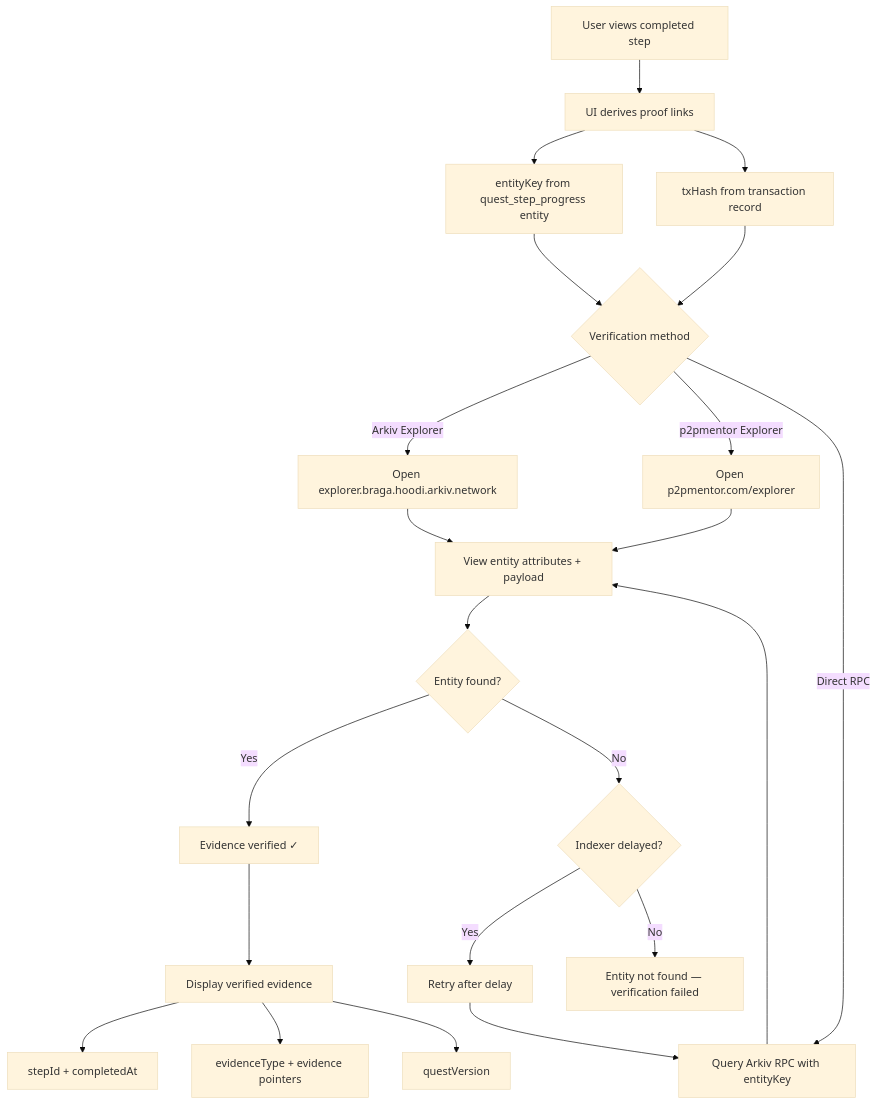
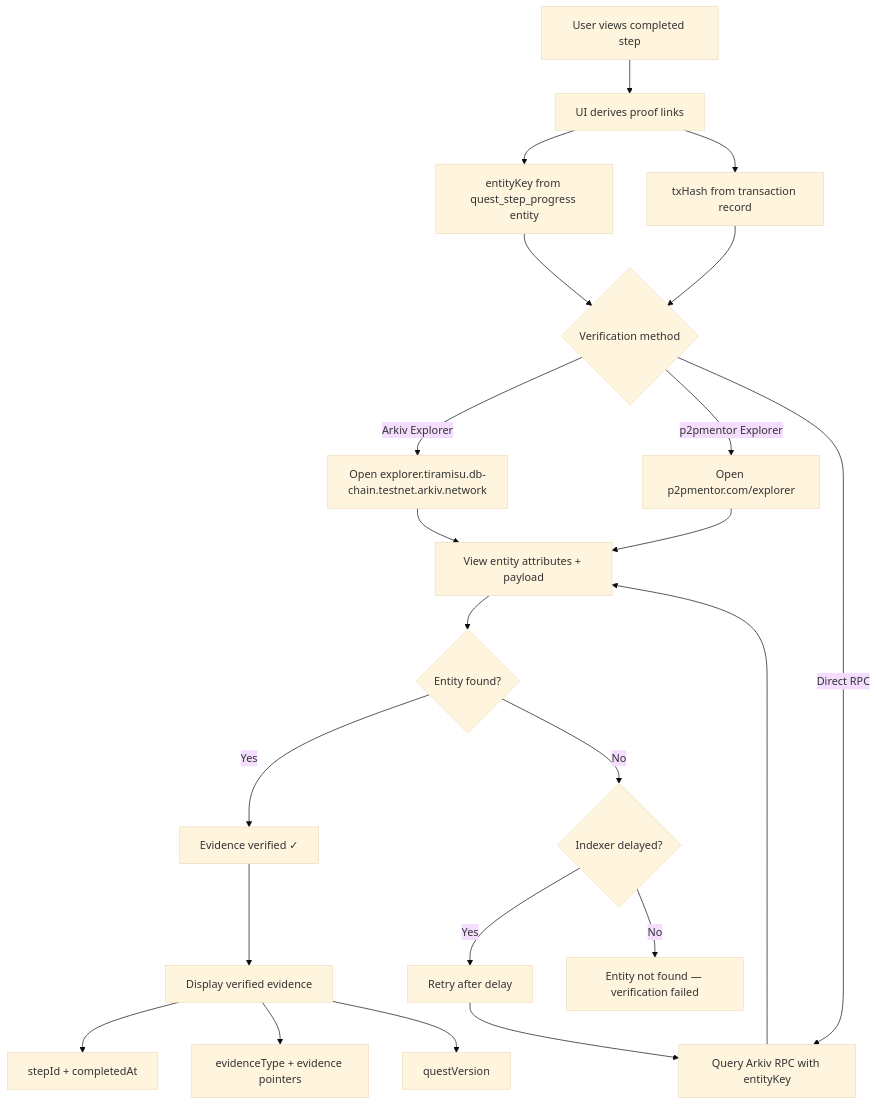
One commit to understories/p2pmentor changed the diagram in docs/betadocs/arkiv/flows/evidence-verification-flow.md. Above: the diagram before and after it, drawn with Mermaid (base theme). The commit also changed other lines of this file and 61 other files, not shown here.

First line of the commit message:
chore(arkiv): migrate from Braga to Tiramisu testnet

````diff
--- a/docs/betadocs/arkiv/flows/evidence-verification-flow.md
+++ b/docs/betadocs/arkiv/flows/evidence-verification-flow.md
@@ -9,30 +9,30 @@
 ```mermaid
 flowchart TD
     A["User views completed step"] --> B["UI derives proof links"]
     B --> B1["entityKey from quest_step_progress entity"]
     B --> B2["txHash from transaction record"]
 
     B1 --> C{"Verification method"}
     B2 --> C
 
-    C -->|"Arkiv Explorer"| D["Open explorer.braga.hoodi.arkiv.network"]
+    C -->|"Arkiv Explorer"| D["Open explorer.tiramisu.db-chain.testnet.arkiv.network"]
     C -->|"p2pmentor Explorer"| E["Open p2pmentor.com/explorer"]
     C -->|"Direct RPC"| F["Query Arkiv RPC with entityKey"]
 
     D --> G["View entity attributes + payload"]
     E --> G
     F --> G
 
     G --> H{"Entity found?"}
     H -->|Yes| I["Evidence verified ✓"]
     H -->|No| J{"Indexer delayed?"}
 
     J -->|Yes| K["Retry after delay"]
     K --> F
     J -->|No| L["Entity not found — verification failed"]
 
     I --> M["Display verified evidence"]
     M --> M1["stepId + completedAt"]
     M --> M2["evidenceType + evidence pointers"]
     M --> M3["questVersion"]
 ```
````
